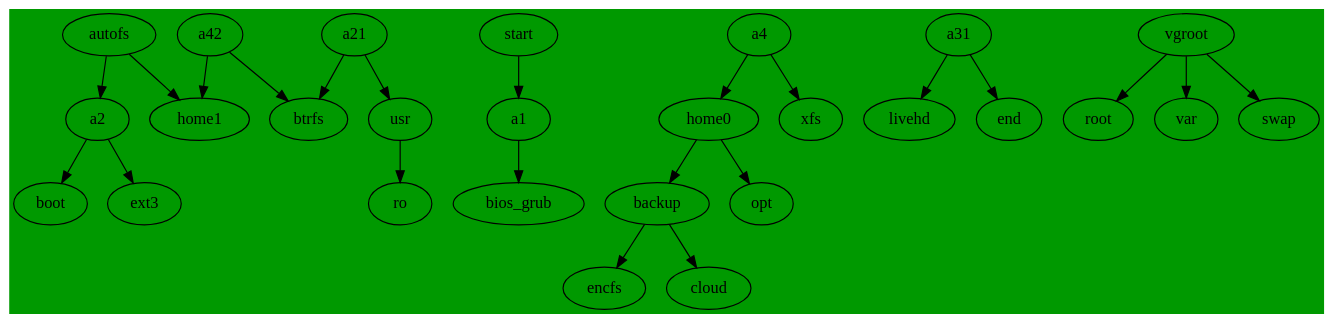
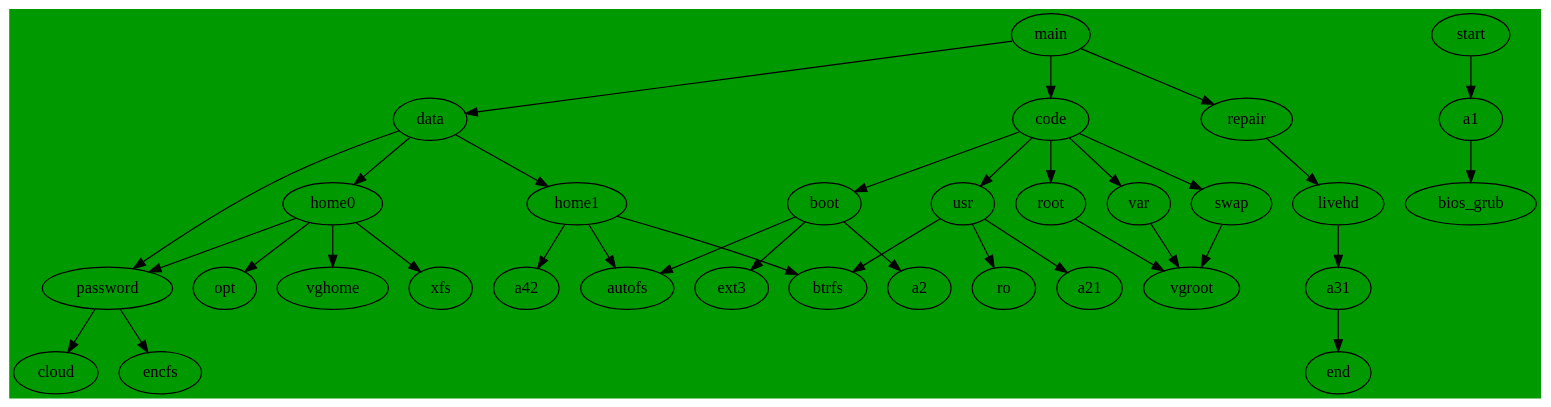
The diagram in dot/.config/dupl/parted.dot (cdede/dotfiles), drawn with Graphviz before and after one commit.

Commit message:
clean code

```diff
--- a/dot/.config/dupl/parted.dot
+++ b/dot/.config/dupl/parted.dot
@@ -1,27 +1,43 @@
 // dot -Tpng  parted.dot -o line1.png
 //  default ext4
 digraph G {
   bgcolor ="#009900";
-  autofs->home1;
-  a42->home1;
-  a42->btrfs;
-  autofs->a2;
+  main->code;
+  main->data;
+  main->repair;
+
   start->a1;
   a1->bios_grub;
-  a2 -> boot;
-  a2 -> ext3;
-  a21->btrfs;
-  a21->usr;
+  a31->end;
+
+  code->boot;
+  code->root;
+  code->var;
+  code->swap;
+  code->usr;
+  root ->vgroot;
+  var->vgroot;
+  swap->vgroot;
+  boot->a2;
+  boot->ext3;
+  boot->autofs;
+  usr->btrfs;
+  usr->a21;
   usr ->ro;
-  a4->home0;
-  a4->xfs;
-  home0->backup;
+
+  repair->livehd;
+  livehd->a31;
+
+  data->home0;
+  data->home1;
+  data->password;
+  home1->autofs;
+  home1->a42;
+  home1->btrfs;
+  home0->vghome;
+  home0->xfs;
+  home0->password;
   home0->opt;
-  a31->livehd;
-  a31->end;
-  backup -> encfs;
-  backup -> cloud;
-  vgroot->root ;
-  vgroot->var;
-  vgroot->swap;
+  password -> encfs;
+  password -> cloud;
 }
```
